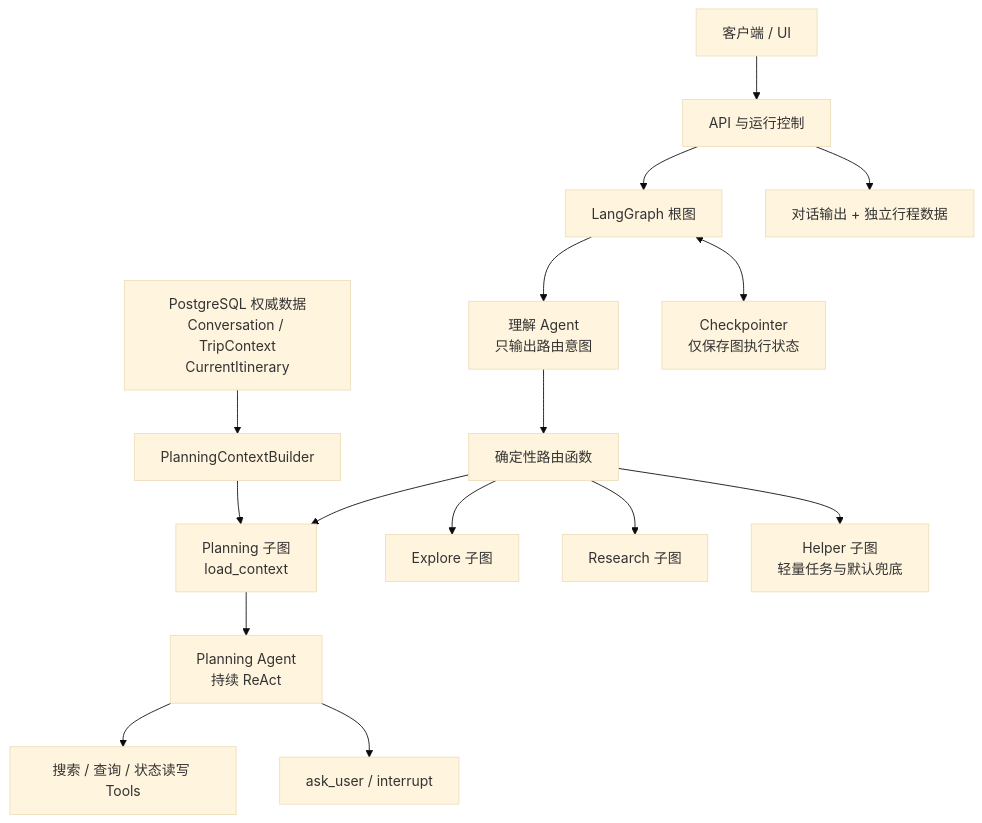
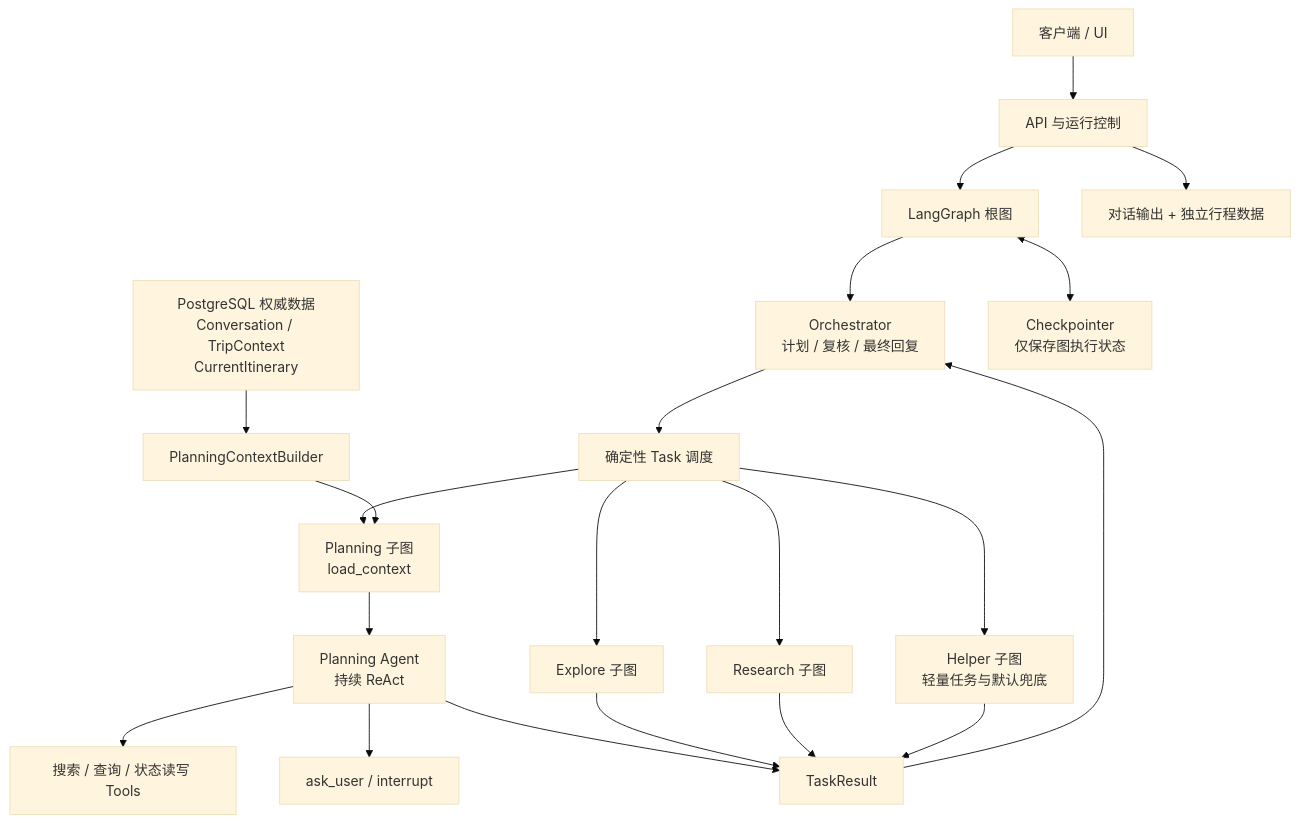
One commit to qinghuan136/tourism-agent changed the first of 2 diagrams in docs/architecture.md. Above: the diagram before and after it, drawn with Mermaid (base theme). The commit also changed other lines of this file and 66 other files, not shown here.

````diff
--- a/docs/architecture.md
+++ b/docs/architecture.md
@@ -68,24 +70,29 @@
 ```mermaid
 flowchart TD
     UI["客户端 / UI"] --> API["API 与运行控制"]
     API --> ROOT["LangGraph 根图"]
 
-    ROOT --> UNDERSTAND["理解 Agent\n只输出路由意图"]
-    UNDERSTAND --> ROUTER["确定性路由函数"]
+    ROOT --> ORCHESTRATOR["Orchestrator\n计划 / 复核 / 最终回复"]
+    ORCHESTRATOR --> ROUTER["确定性 Task 调度"]
 
     ROUTER --> PLAN_LOAD["Planning 子图\nload_context"]
     PLAN_LOAD --> PLAN["Planning Agent\n持续 ReAct"]
     ROUTER --> EXPLORE["Explore 子图"]
     ROUTER --> RESEARCH["Research 子图"]
     ROUTER --> HELPER["Helper 子图\n轻量任务与默认兜底"]
 
     PLAN --> TOOLS["搜索 / 查询 / 状态读写 Tools"]
     PLAN --> ASK["ask_user / interrupt"]
+    PLAN --> RESULT["TaskResult"]
+    EXPLORE --> RESULT
+    RESEARCH --> RESULT
+    HELPER --> RESULT
+    RESULT --> ORCHESTRATOR
 
     MEMORY["PostgreSQL 权威数据\nConversation / TripContext\nCurrentItinerary"]
     MEMORY --> PLAN_CONTEXT["PlanningContextBuilder"]
     PLAN_CONTEXT --> PLAN_LOAD
 
     ROOT <--> CHECKPOINT["Checkpointer\n仅保存图执行状态"]
     API --> OUTPUT["对话输出 + 独立行程数据"]
 ```
````
